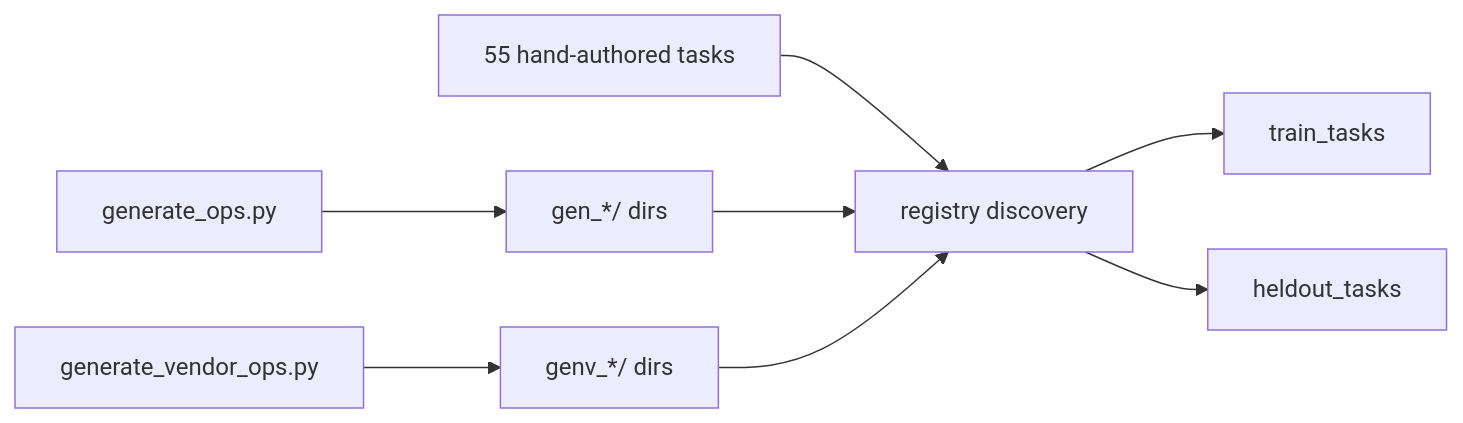
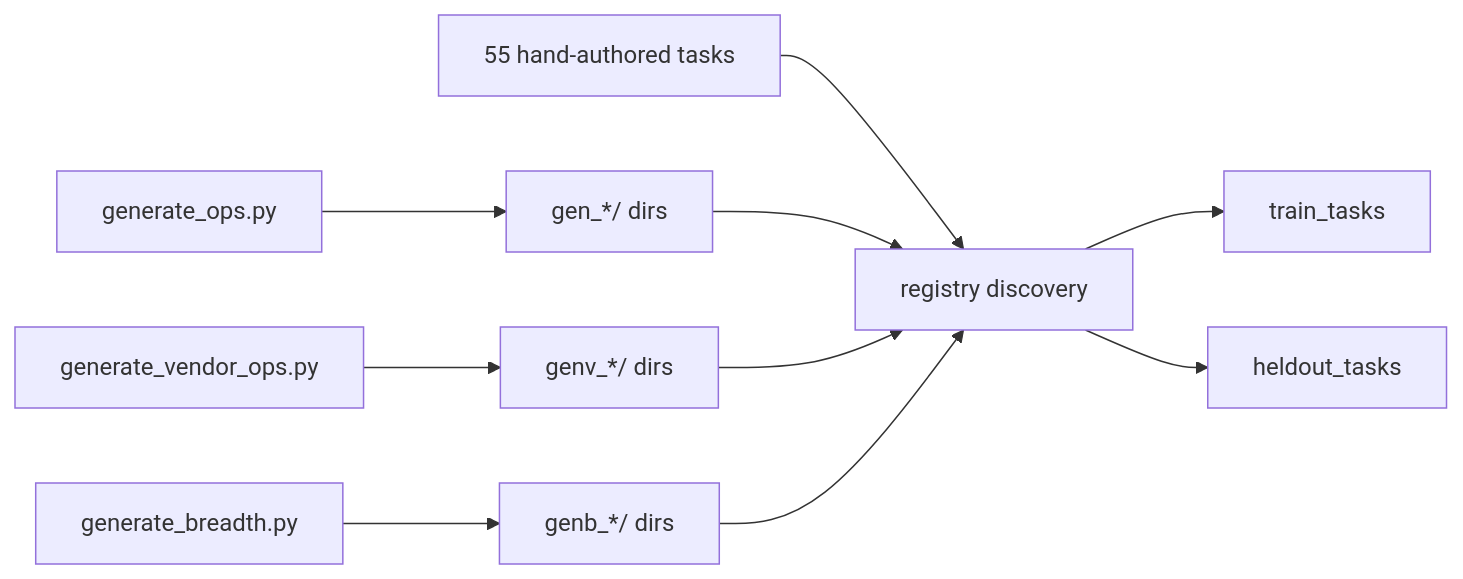
One commit to amd-shasriva/KORE changed the second of 2 diagrams in kore/tasks/README.md. Above: the diagram before and after it, drawn with Mermaid. The commit also changed other lines of this file and 23 other files, not shown here.

````diff
--- a/kore/tasks/README.md
+++ b/kore/tasks/README.md
@@ -96,10 +114,12 @@
 ```mermaid
 flowchart LR
   GO[generate_ops.py] --> GEN["gen_*/ dirs"]
   GVO[generate_vendor_ops.py] --> GENV["genv_*/ dirs"]
+  GB[generate_breadth.py] --> GENB["genb_*/ dirs"]
   HAND[55 hand-authored tasks] --> REG
   GEN --> REG[registry discovery]
   GENV --> REG
+  GENB --> REG
   REG --> TRAIN[train_tasks]
   REG --> HOLD[heldout_tasks]
 ```
````
